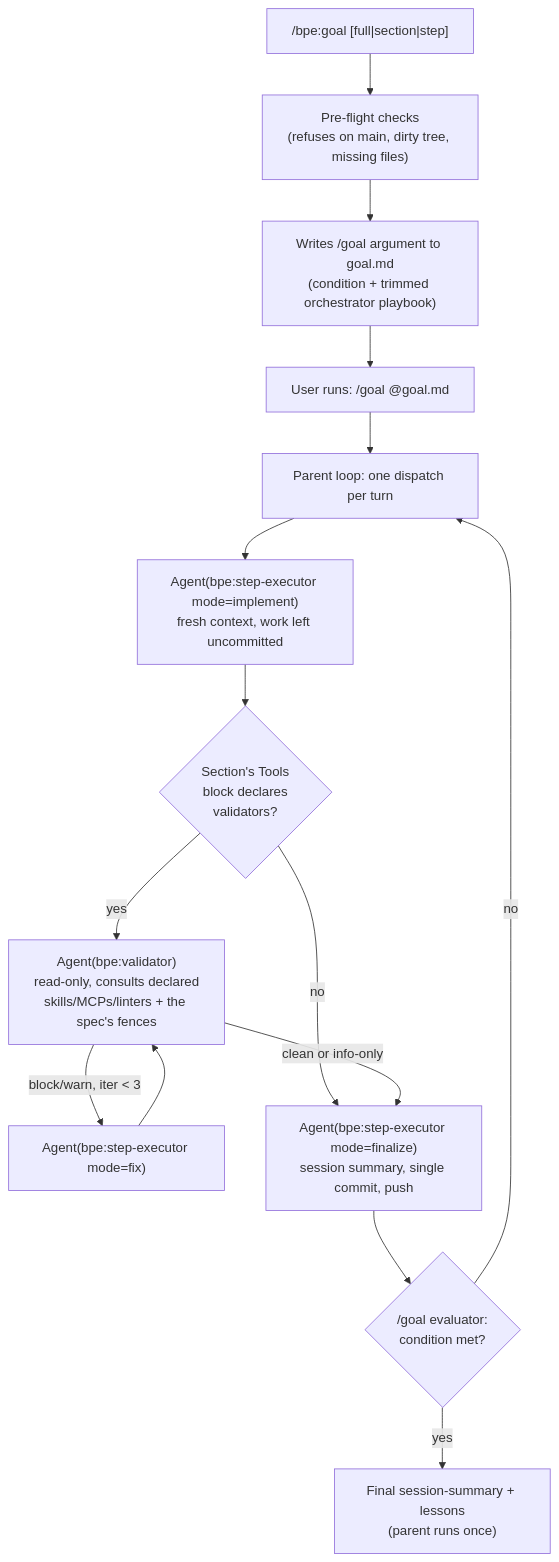
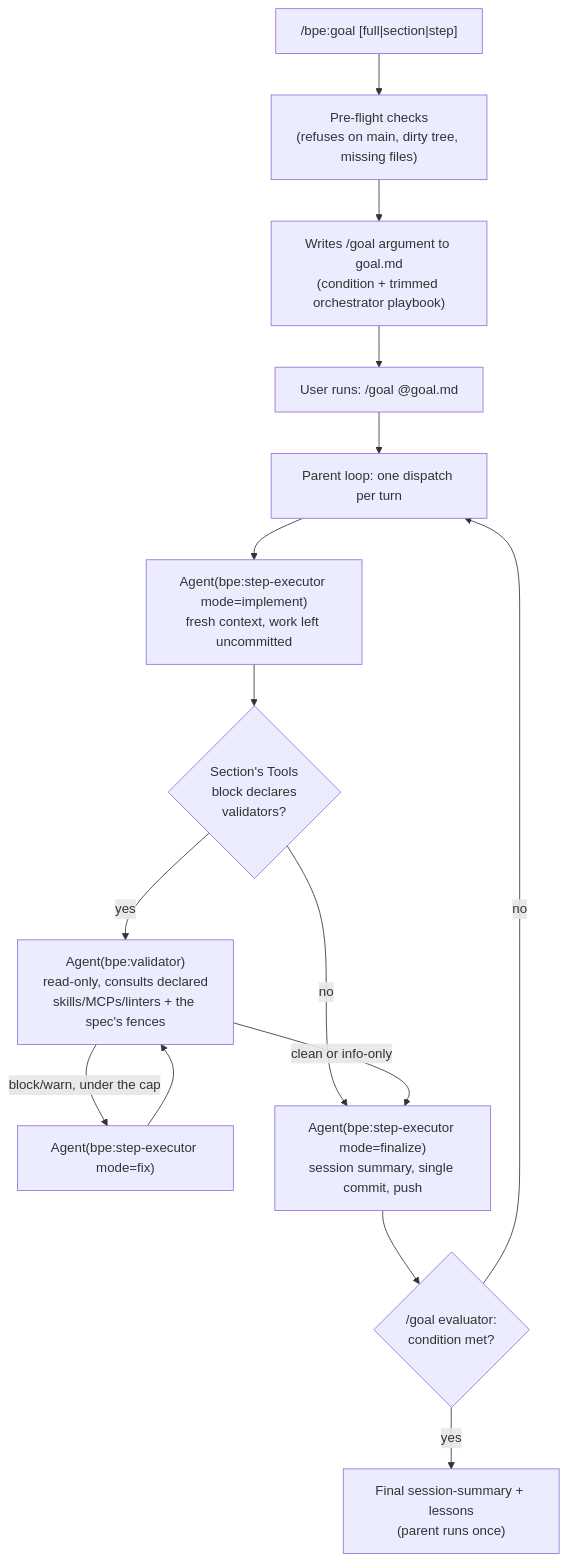
Before and after one commit to MasonEgger/bpe-claude-code-plugin: the diagram in bpe/README.md, drawn with Mermaid. The commit also changed 10 other files, not shown here.

````diff
--- a/bpe/README.md
+++ b/bpe/README.md
@@ -103,17 +103,17 @@
 ```mermaid
 flowchart TD
     A["/bpe:goal [full|section|step]"] --> B["Pre-flight checks<br/>(refuses on main, dirty tree, missing files)"]
     B --> C["Writes /goal argument to goal.md<br/>(condition + trimmed orchestrator playbook)"]
     C --> D["User runs: /goal @goal.md"]
     D --> E["Parent loop: one dispatch per turn"]
     E --> F["Agent(bpe:step-executor mode=implement)<br/>fresh context, work left uncommitted"]
     F --> G{"Section's Tools<br/>block declares<br/>validators?"}
     G -->|yes| H["Agent(bpe:validator)<br/>read-only, consults declared<br/>skills/MCPs/linters + the spec's fences"]
-    H -->|"block/warn, iter < 3"| I["Agent(bpe:step-executor mode=fix)"]
+    H -->|"block/warn, under the cap"| I["Agent(bpe:step-executor mode=fix)"]
     I --> H
     G -->|no| J["Agent(bpe:step-executor mode=finalize)<br/>session summary, single commit, push"]
     H -->|"clean or info-only"| J
     J --> K{"/goal evaluator:<br/>condition met?"}
     K -->|no| E
     K -->|yes| L["Final session-summary + lessons<br/>(parent runs once)"]
 ```
````
